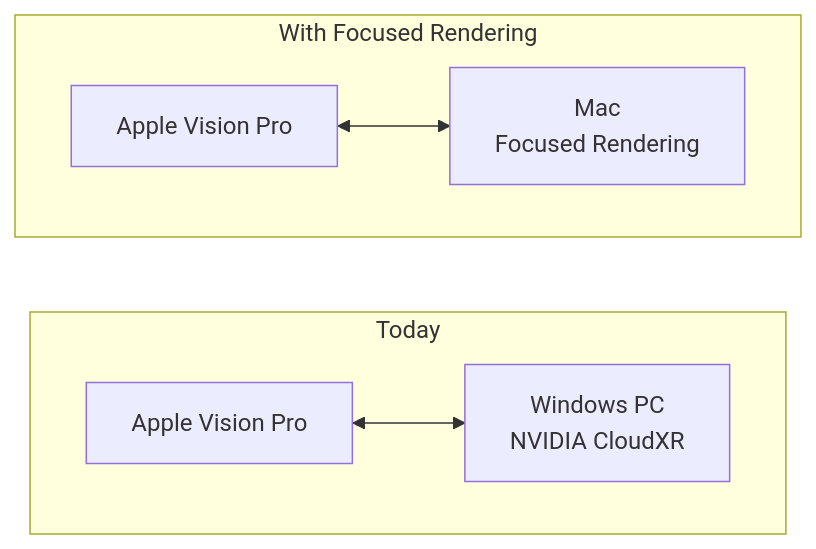
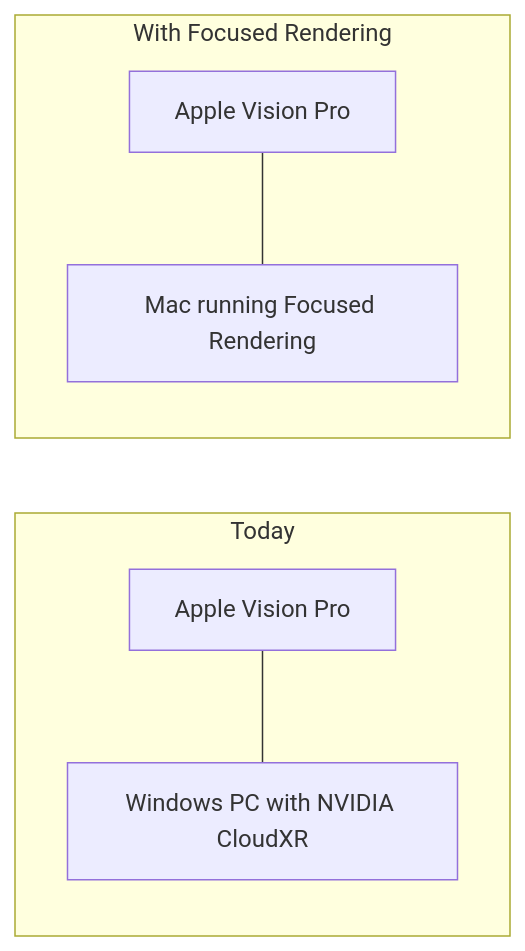
The first of 2 diagrams in README.md (Feardarks/FocusedRendering), drawn with Mermaid before and after one commit. The commit also changed other lines of this file, not shown here.

Commit message:
Simplify mermaid syntax for reliable GitHub rendering

````diff
--- a/README.md
+++ b/README.md
@@ -15,11 +15,9 @@
 ```mermaid
 flowchart LR
-  subgraph before["Today"]
-    direction LR
-    V1["Apple Vision Pro"] <--> W["Windows PC<br/>NVIDIA CloudXR"]
+  subgraph s1[Today]
+    V1[Apple Vision Pro] --- W[Windows PC with NVIDIA CloudXR]
   end
-  subgraph after["With Focused Rendering"]
-    direction LR
-    V2["Apple Vision Pro"] <--> M["Mac<br/>Focused Rendering"]
+  subgraph s2[With Focused Rendering]
+    V2[Apple Vision Pro] --- M[Mac running Focused Rendering]
   end
 ```
````
